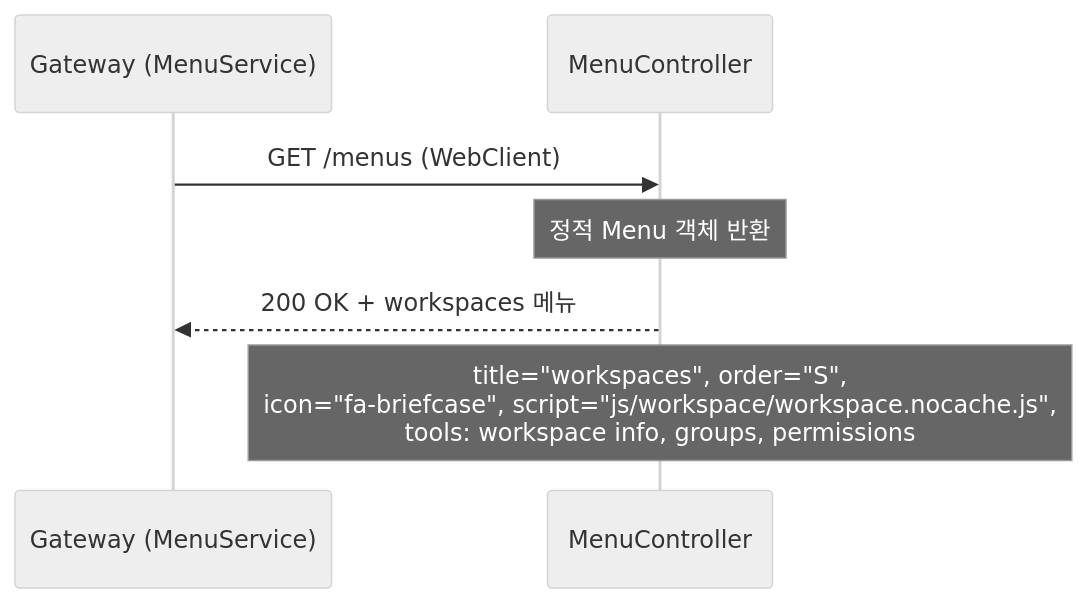
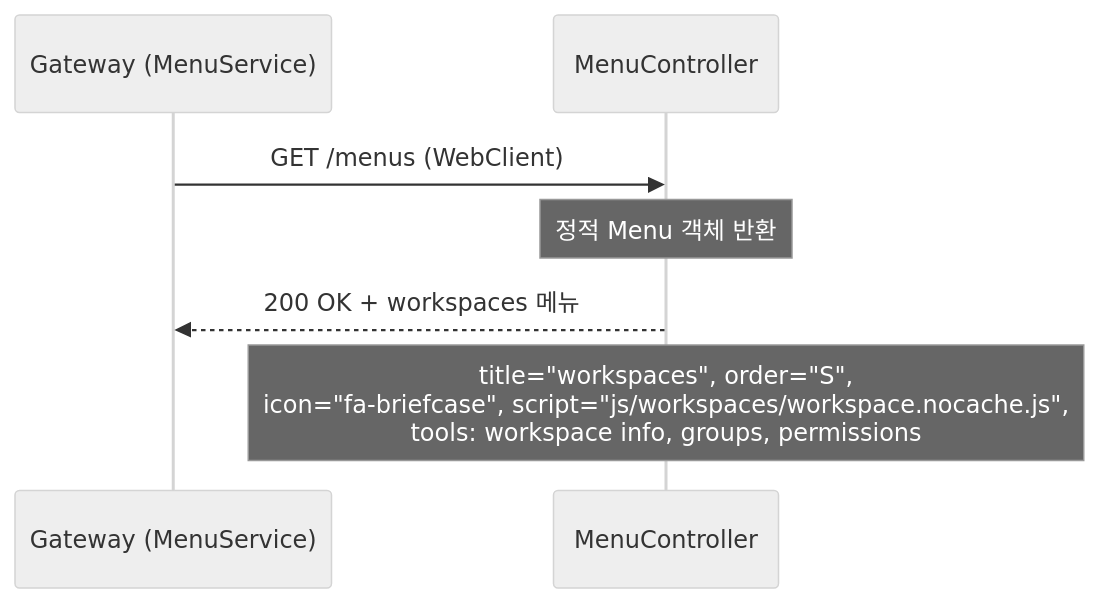
One commit to sayaya1090/handbook changed the third of 5 diagrams in workspace-command/USECASE.md. Above: the diagram before and after it, drawn with Mermaid (neutral theme). The commit also changed other lines of this file and 58 other files, not shown here.

````diff
--- a/workspace-command/USECASE.md
+++ b/workspace-command/USECASE.md
@@ -65,10 +65,10 @@
 ```mermaid
 sequenceDiagram
     participant GW as Gateway (MenuService)
     participant Ctrl as MenuController
 
     GW->>Ctrl: GET /menus (WebClient)
     Note over Ctrl: 정적 Menu 객체 반환
     Ctrl-->>GW: 200 OK + workspaces 메뉴
-    Note over Ctrl: title="workspaces", order="S",<br/>icon="fa-briefcase", script="js/workspace/workspace.nocache.js",<br/>tools: workspace info, groups, permissions
+    Note over Ctrl: title="workspaces", order="S",<br/>icon="fa-briefcase", script="js/workspaces/workspace.nocache.js",<br/>tools: workspace info, groups, permissions
 ```
````
